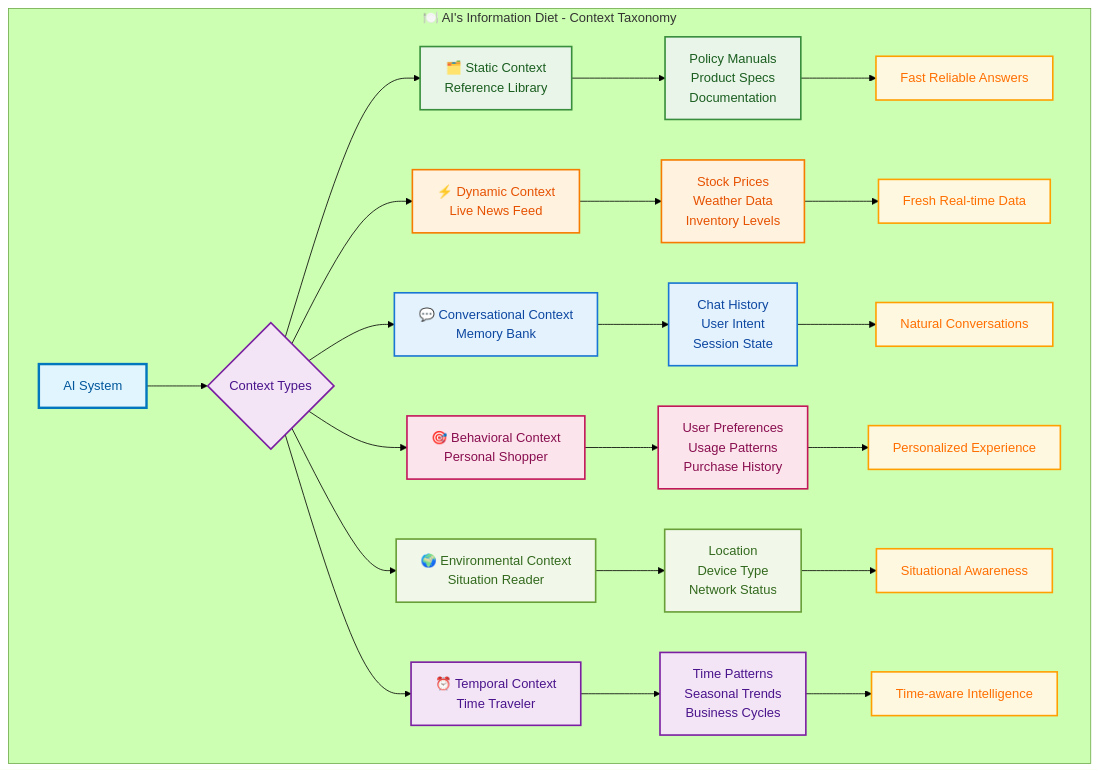
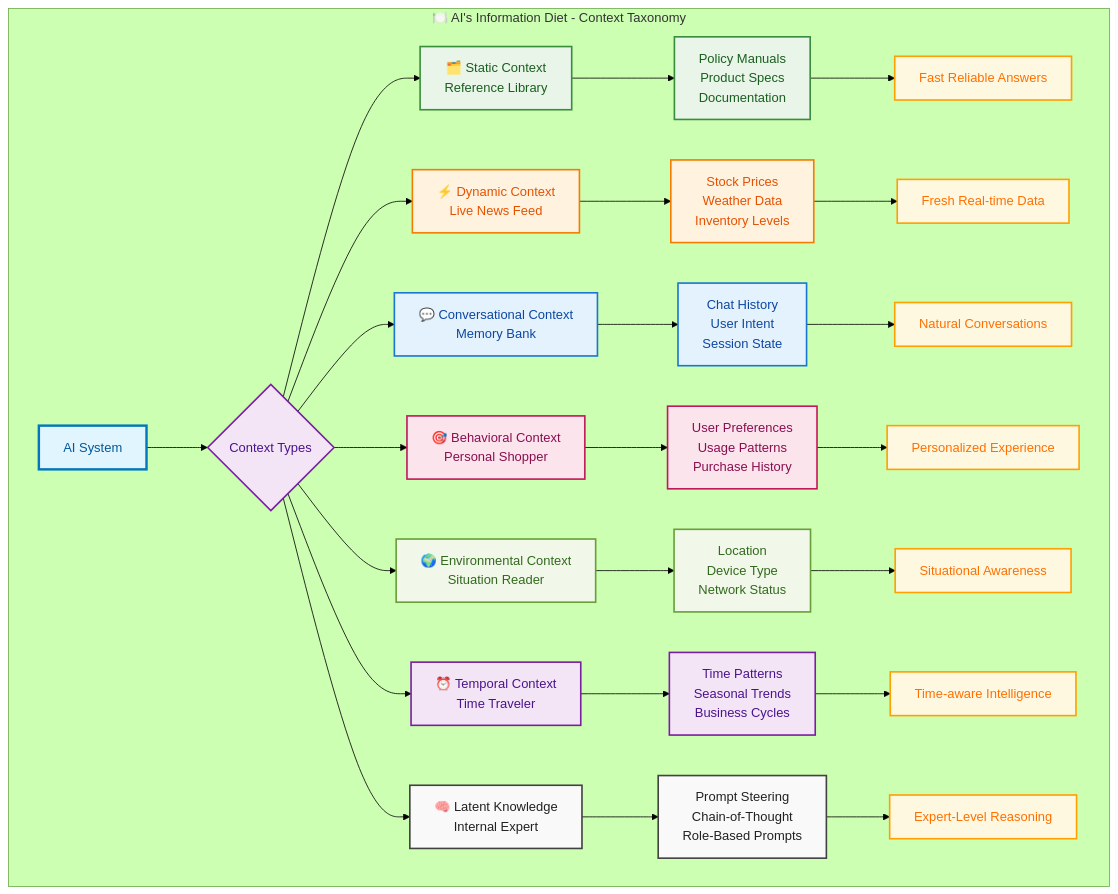
One commit to raphaelmansuy/tutorials changed the second of 10 diagrams in 32_context_engineering/03_what_is_context_engineering.md. Above: the diagram before and after it, drawn with Mermaid (forest theme). The commit also changed other lines of this file, not shown here.

Commit message:
Enhance Chapter 3 of Context Engineering tutorial: expand context taxonomy to include latent knowledge, detailing its activation techniques and benefits, improving AI's contextual understanding and response capabilities.

````diff
--- a/32_context_engineering/03_what_is_context_engineering.md
+++ b/32_context_engineering/03_what_is_context_engineering.md
@@ -81,48 +81,53 @@
 ```mermaid
 graph TB
     subgraph "🍽️ AI's Information Diet - Context Taxonomy"
         A[AI System] --> B{Context Types}
         
         B --> C[🗂️ Static Context<br/>Reference Library]
         B --> D[⚡ Dynamic Context<br/>Live News Feed]
         B --> E[💬 Conversational Context<br/>Memory Bank]
         B --> F[🎯 Behavioral Context<br/>Personal Shopper]
         B --> G[🌍 Environmental Context<br/>Situation Reader]
         B --> H[⏰ Temporal Context<br/>Time Traveler]
+        B --> I[🧠 Latent Knowledge<br/>Internal Expert]
         
         C --> C1[Policy Manuals<br/>Product Specs<br/>Documentation]
         D --> D1[Stock Prices<br/>Weather Data<br/>Inventory Levels]
         E --> E1[Chat History<br/>User Intent<br/>Session State]
         F --> F1[User Preferences<br/>Usage Patterns<br/>Purchase History]
         G --> G1[Location<br/>Device Type<br/>Network Status]
         H --> H1[Time Patterns<br/>Seasonal Trends<br/>Business Cycles]
+        I --> I1[Prompt Steering<br/>Chain-of-Thought<br/>Role-Based Prompts]
         
-        C1 --> I[Fast Reliable Answers]
-        D1 --> J[Fresh Real-time Data]
-        E1 --> K[Natural Conversations]
-        F1 --> L[Personalized Experience]
-        G1 --> M[Situational Awareness]
-        H1 --> N[Time-aware Intelligence]
+        C1 --> J[Fast Reliable Answers]
+        D1 --> K[Fresh Real-time Data]
+        E1 --> L[Natural Conversations]
+        F1 --> M[Personalized Experience]
+        G1 --> N[Situational Awareness]
+        H1 --> O[Time-aware Intelligence]
+        I1 --> P[Expert-Level Reasoning]
     end
     
     classDef aiSystem fill:#e1f5fe,stroke:#0277bd,stroke-width:3px,color:#01579b
     classDef contextHub fill:#f3e5f5,stroke:#7b1fa2,stroke-width:2px,color:#4a148c
     classDef staticContext fill:#e8f5e8,stroke:#388e3c,stroke-width:2px,color:#1b5e20
     classDef dynamicContext fill:#fff3e0,stroke:#f57c00,stroke-width:2px,color:#e65100
     classDef conversationalContext fill:#e3f2fd,stroke:#1976d2,stroke-width:2px,color:#0d47a1
     classDef behavioralContext fill:#fce4ec,stroke:#c2185b,stroke-width:2px,color:#880e4f
     classDef environmentalContext fill:#f1f8e9,stroke:#689f38,stroke-width:2px,color:#33691e
     classDef temporalContext fill:#f3e5f5,stroke:#7b1fa2,stroke-width:2px,color:#4a148c
+    classDef latentContext fill:#f9f9f9,stroke:#424242,stroke-width:2px,color:#212121
     classDef examples fill:#fafafa,stroke:#757575,stroke-width:1px,color:#424242
     classDef outcomes fill:#fff8e1,stroke:#ffa000,stroke-width:2px,color:#ff6f00
     
     class A aiSystem
     class B contextHub
     class C,C1 staticContext
     class D,D1 dynamicContext
     class E,E1 conversationalContext
     class F,F1 behavioralContext
     class G,G1 environmentalContext
     class H,H1 temporalContext
-    class I,J,K,L,M,N outcomes
+    class I,I1 latentContext
+    class J,K,L,M,N,O,P outcomes
 ```
````
